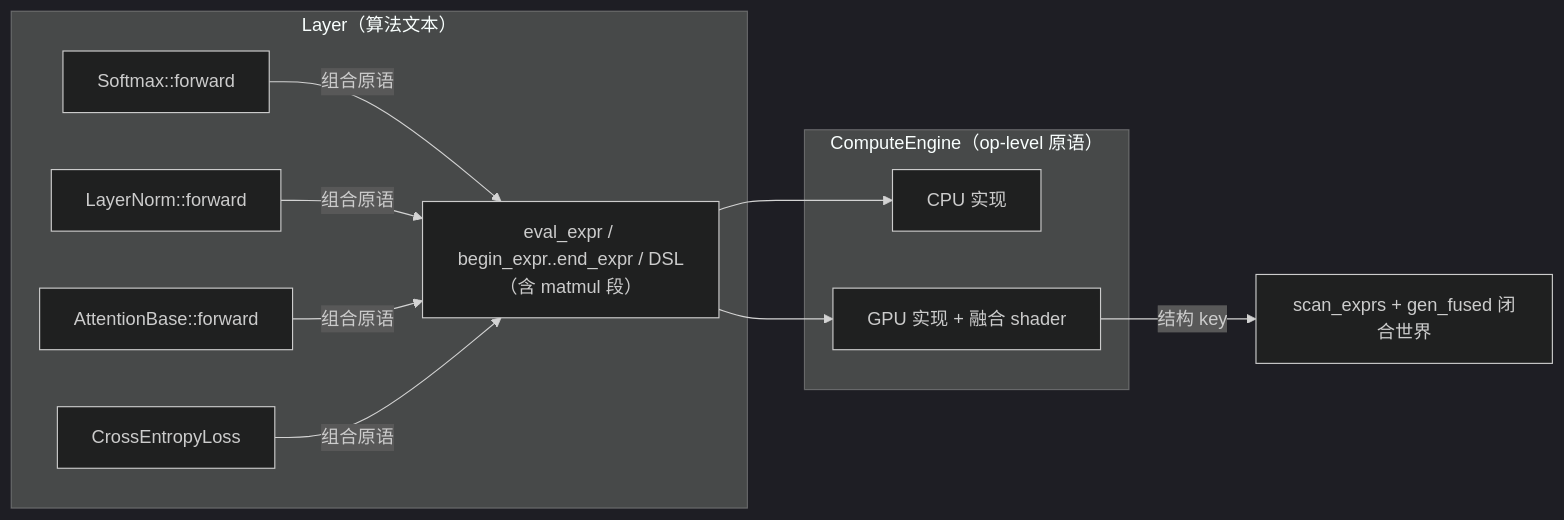
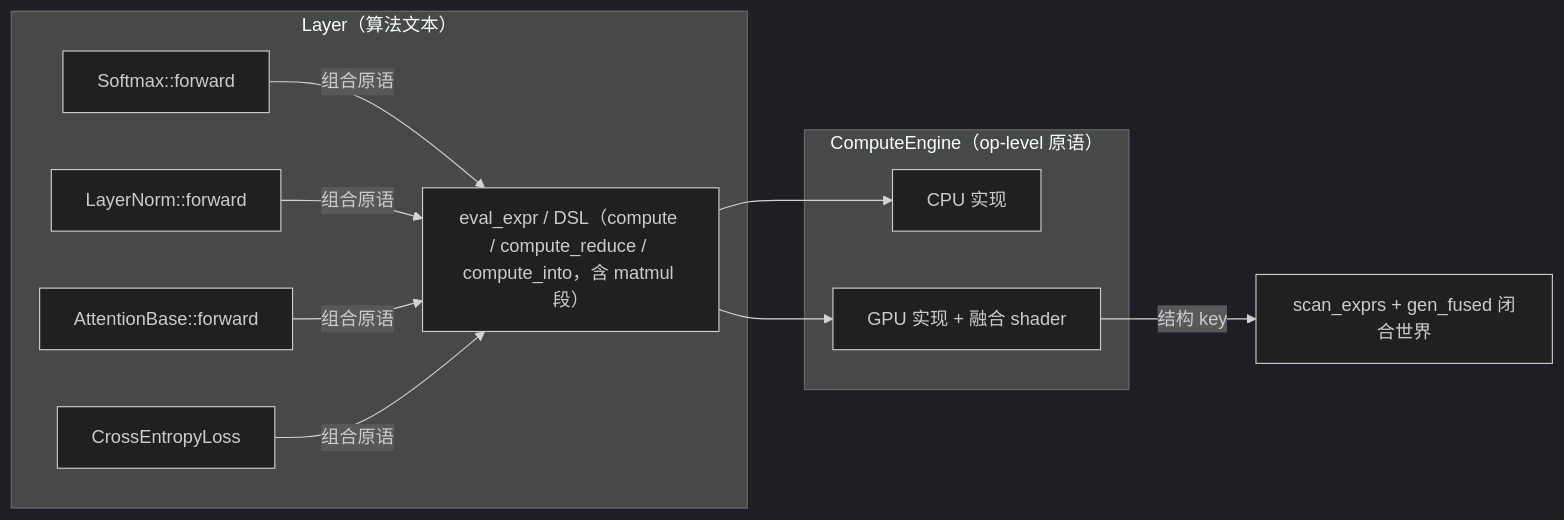
Before and after one commit to EthanPeng-2048/neuralnet.cpp: the diagram in docs/development/02-operator-fusion.md, drawn with Mermaid (dark theme). The commit also changed other lines of this file and 44 other files, not shown here.

````diff
--- a/docs/development/02-operator-fusion.md
+++ b/docs/development/02-operator-fusion.md
@@ -65,16 +65,16 @@
 ```mermaid
 graph LR
     subgraph L2[Layer（算法文本）]
         A[Softmax::forward] -->|组合原语| E
         B[LayerNorm::forward] -->|组合原语| E
         C[AttentionBase::forward] -->|组合原语| E
         D[CrossEntropyLoss] -->|组合原语| E
     end
     subgraph Eng[ComputeEngine（op-level 原语）]
-        E[eval_expr / begin_expr..end_expr / DSL（含 matmul 段）]
+        E[eval_expr / DSL（compute / compute_reduce / compute_into，含 matmul 段）]
         F[CPU 实现]
         G[GPU 实现 + 融合 shader]
     end
     E --> F & G
     G -->|结构 key| I[scan_exprs + gen_fused 闭合世界]
 ```
````
